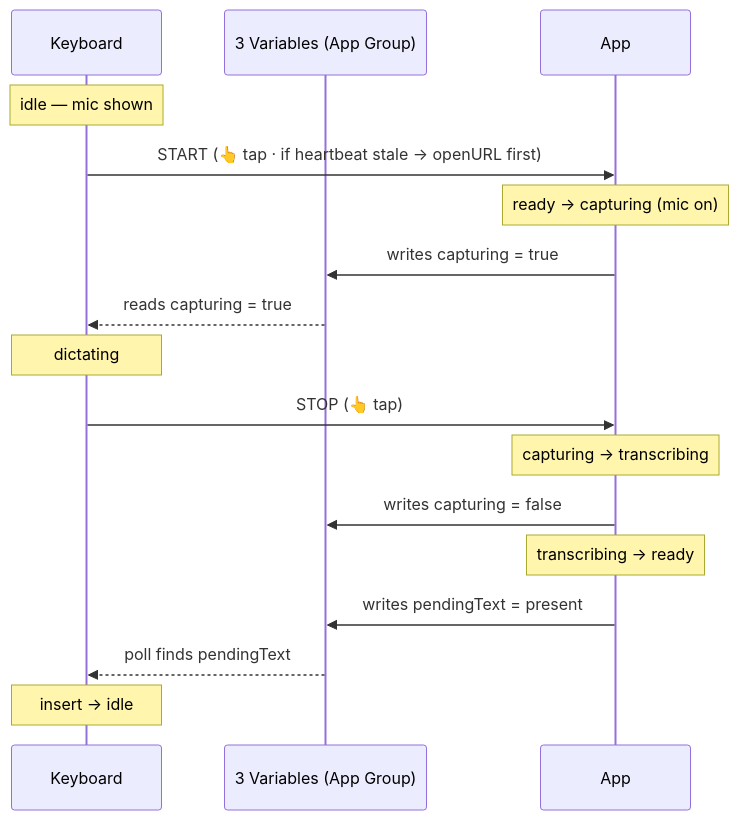
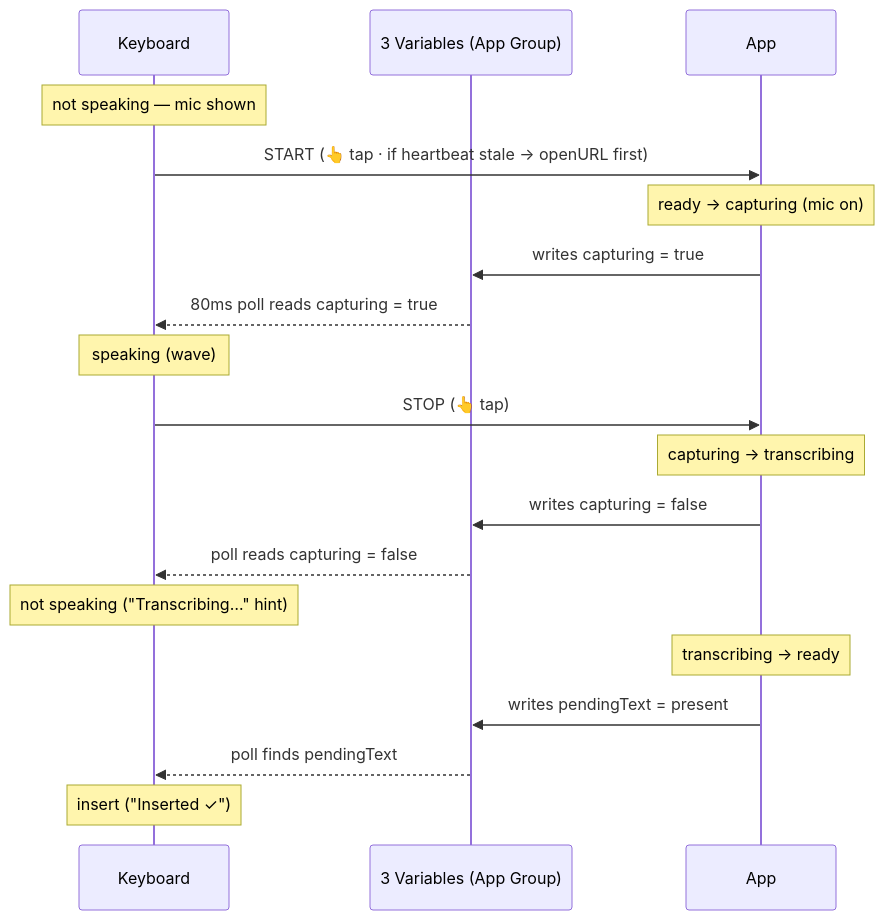
The diagram in dictation/docs/ios-dictation-architecture.md (trikabijal/roadtosale), drawn with Mermaid before and after one commit. The commit also changed other lines of this file and 6 other files, not shown here.

````diff
--- a/dictation/docs/ios-dictation-architecture.md
+++ b/dictation/docs/ios-dictation-architecture.md
@@ -95,19 +102,21 @@
 ```mermaid
 sequenceDiagram
     participant K as Keyboard
     participant V as 3 Variables (App Group)
     participant A as App
-    Note over K: idle — mic shown
+    Note over K: not speaking — mic shown
     K->>A: START  (👆 tap · if heartbeat stale → openURL first)
     Note over A: ready → capturing (mic on)
     A->>V: writes capturing = true
-    V-->>K: reads capturing = true
-    Note over K: dictating
+    V-->>K: 80ms poll reads capturing = true
+    Note over K: speaking (wave)
     K->>A: STOP  (👆 tap)
     Note over A: capturing → transcribing
     A->>V: writes capturing = false
+    V-->>K: poll reads capturing = false
+    Note over K: not speaking ("Transcribing…" hint)
     Note over A: transcribing → ready
     A->>V: writes pendingText = present
     V-->>K: poll finds pendingText
-    Note over K: insert → idle
+    Note over K: insert ("Inserted ✓")
 ```
````
